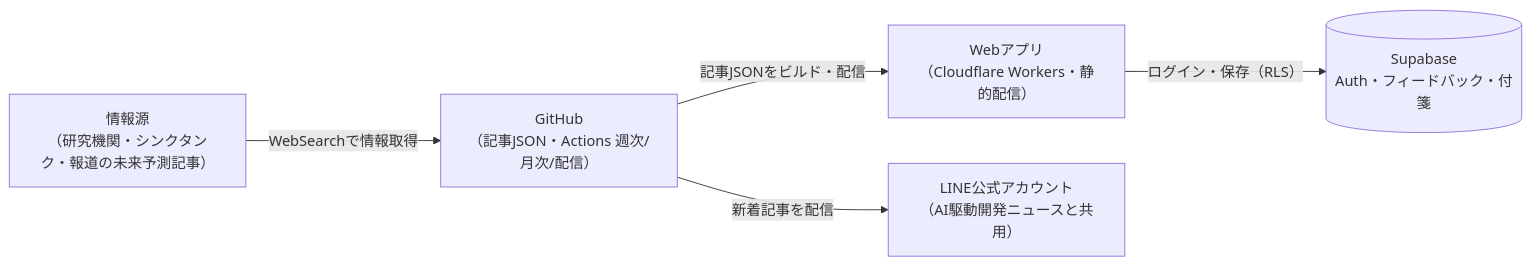
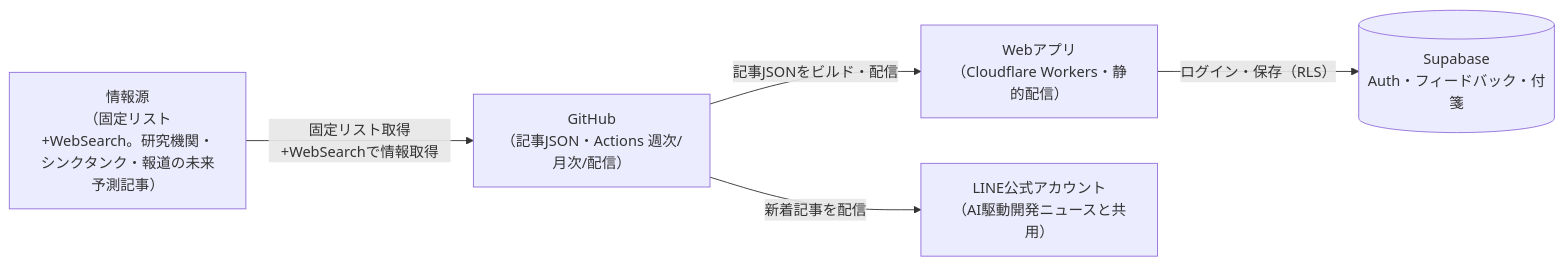
Before and after one commit to zakiyama0108/benriyatool: the second of 4 diagrams in specs/future-digest/architecture.md, drawn with Mermaid. The commit also changed other lines of this file and 3 other files, not shown here.

````diff
--- a/specs/future-digest/architecture.md
+++ b/specs/future-digest/architecture.md
@@ -44,13 +44,13 @@
 ```mermaid
 flowchart LR
     webapp["Webアプリ<br>（Cloudflare Workers・静的配信）"]
     supabase[("Supabase<br>Auth・フィードバック・付箋")]
     github["GitHub<br>（記事JSON・Actions 週次/月次/配信）"]
-    sources["情報源<br>（研究機関・シンクタンク・報道の未来予測記事）"]
+    sources["情報源<br>（固定リスト+WebSearch。研究機関・シンクタンク・報道の未来予測記事）"]
     line["LINE公式アカウント<br>（AI駆動開発ニュースと共用）"]
 
     webapp -->|ログイン・保存（RLS）| supabase
     github -->|記事JSONをビルド・配信| webapp
-    sources -->|WebSearchで情報取得| github
+    sources -->|固定リスト取得+WebSearchで情報取得| github
     github -->|新着記事を配信| line
 ```
````
